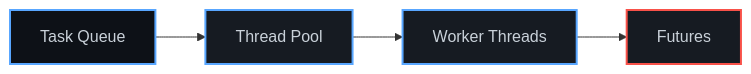
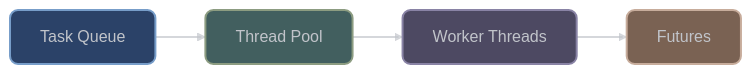
Before and after one commit to vorlac/xieite: the second of 3 diagrams in docs/src/categories/sys/README.md, drawn with Mermaid. The commit also changed other lines of this file and 44 other files, not shown here.

````diff
--- a/docs/src/categories/sys/README.md
+++ b/docs/src/categories/sys/README.md
@@ -116,16 +163,47 @@
 ```mermaid
+---
+config:
+    theme: 'base'
+    curve: 'straight'
+    themeVariables:
+        darkMode: true
+        clusterBkg: '#22272f62'
+        clusterBorder: '#6a6f77ff'
+        clusterTextColor: '#6a6f77ff'
+        lineColor: '#C1C4CAAA'
+        background: '#262B33'
+        primaryColor: '#2b4268ff'
+        primaryTextColor: '#C1C4CAff'
+        primaryBorderColor: '#6a6f77ff'
+        primaryLabelBkg: '#262B33'
+        secondaryColor: '#425f5fff'
+        secondaryBorderColor: '#8c9c81ff'
+        secondaryTextColor: '#C1C4CAff'
+        tertiaryColor: '#4d4962ff'
+        tertiaryBorderColor: '#8983a5ff'
+        tertiaryTextColor: '#eeeeee55'
+        nodeTextColor: '#C1C4CA'
+        defaultLinkColor: '#C1C4CA'
+        edgeLabelBackground: '#262B33'
+        edgeLabelBorderColor: '#C1C4CA'
+        labelTextColor: '#C1C4CA'
+        errorBkgColor: '#724848ff'
+        errorTextColor: '#C1C4CA'
+---
 graph LR
     Tasks[Task Queue]
     Pool[Thread Pool]
     Workers[Worker Threads]
     Results[Futures]
 
     Tasks --> Pool
     Pool --> Workers
     Workers --> Results
 
-    style Tasks fill:#0d1117,stroke:#58a6ff,stroke-width:2px,color:#c9d1d9
-    style Pool fill:#161b22,stroke:#58a6ff,stroke-width:2px,color:#c9d1d9
-    style Workers fill:#161b22,stroke:#58a6ff,stroke-width:2px,color:#c9d1d9
-    style Results fill:#161b22,stroke:#f85149,stroke-width:2px,color:#c9d1d9
+linkStyle default stroke:#C1C4CAaa,stroke-width:2px,color:#C1C4CAaa
+
+style Tasks fill:#2b4268ff,stroke:#779DC9ff,stroke-width:2px,color:#C1C4CA,rx:8,ry:8
+style Pool fill:#425f5fff,stroke:#8c9c81ff,stroke-width:2px,color:#C1C4CA,rx:8,ry:8
+style Workers fill:#4d4962ff,stroke:#8983a5ff,stroke-width:2px,color:#C1C4CA,rx:8,ry:8
+style Results fill:#7a6253ff,stroke:#c7ac9bff,stroke-width:2px,color:#C1C4CA,rx:8,ry:8
 ```
````
